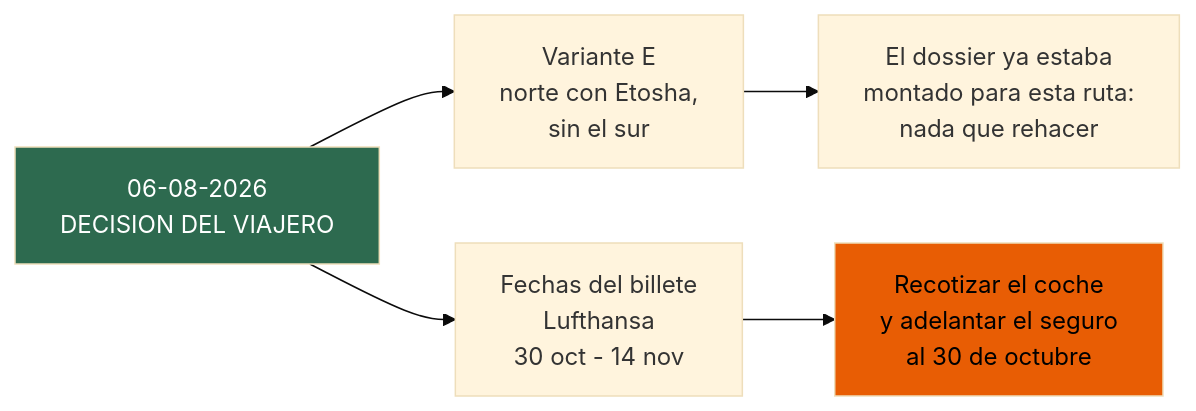
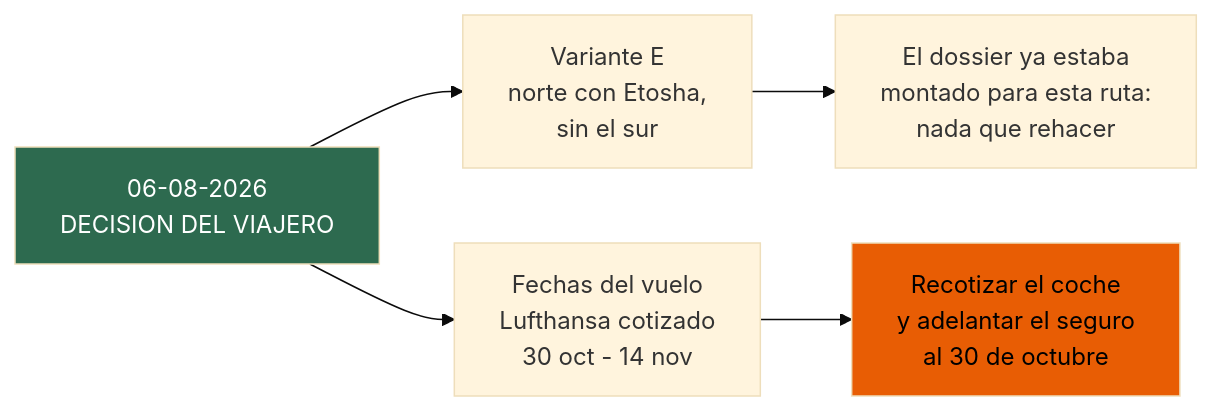
One commit to morandeirachema/namibia changed the third of 3 diagrams in 16-punto-de-decision.md. Above: the diagram before and after it, drawn with Mermaid (base theme). The commit also changed other lines of this file and 2 other files, not shown here.

Commit message:
El vuelo esta cotizado, no comprado: fuera la palabra «billete» donde daba a entender que ya existe

````diff
--- a/16-punto-de-decision.md
+++ b/16-punto-de-decision.md
@@ -160,9 +160,9 @@
 ```mermaid
 flowchart LR
     D["06-08-2026<br/>DECISION DEL VIAJERO"] --> R["Variante E<br/>norte con Etosha,<br/>sin el sur"]
-    D --> F["Fechas del billete<br/>Lufthansa<br/>30 oct - 14 nov"]
+    D --> F["Fechas del vuelo<br/>Lufthansa cotizado<br/>30 oct - 14 nov"]
     R --> L["El dossier ya estaba<br/>montado para esta ruta:<br/>nada que rehacer"]
     F --> C["Recotizar el coche<br/>y adelantar el seguro<br/>al 30 de octubre"]
     style D fill:#2d6a4f,color:#fff
     style C fill:#e85d04,color:#000
 ```
````
